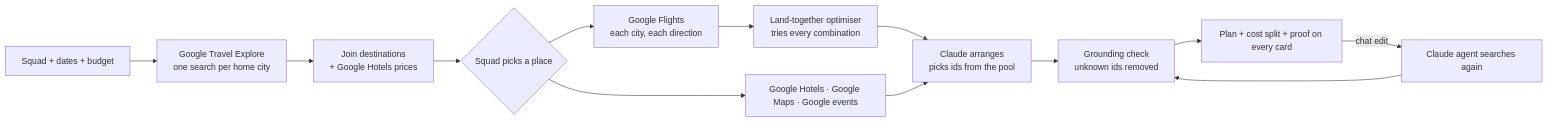
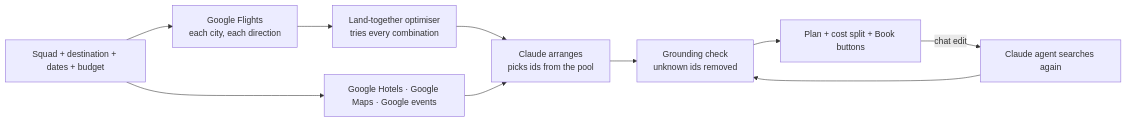
Before and after one commit to richierichpro/milo: the diagram in README.md, drawn with Mermaid. The commit also changed other lines of this file and 32 other files, not shown here.

Commit message:
Destination is required: remove Squad Match; show one friendly progress line instead of every search

````diff
--- a/README.md
+++ b/README.md
@@ -32,14 +30,11 @@
 ```mermaid
 flowchart LR
-    A[Squad + dates + budget] --> B[Google Travel Explore<br/>one search per home city]
-    B --> C[Join destinations<br/>+ Google Hotels prices]
-    C --> D{Squad picks a place}
-    D --> E[Google Flights<br/>each city, each direction]
+    A[Squad + destination + dates + budget] --> E[Google Flights<br/>each city, each direction]
     E --> F[Land-together optimiser<br/>tries every combination]
-    D --> G[Google Hotels · Google Maps · Google events]
+    A --> G[Google Hotels · Google Maps · Google events]
     F --> H[Claude arranges<br/>picks ids from the pool]
     G --> H
     H --> I[Grounding check<br/>unknown ids removed]
-    I --> J[Plan + cost split + proof on every card]
+    I --> J[Plan + cost split + Book buttons]
     J -- chat edit --> K[Claude agent searches again] --> I
 ```
````
